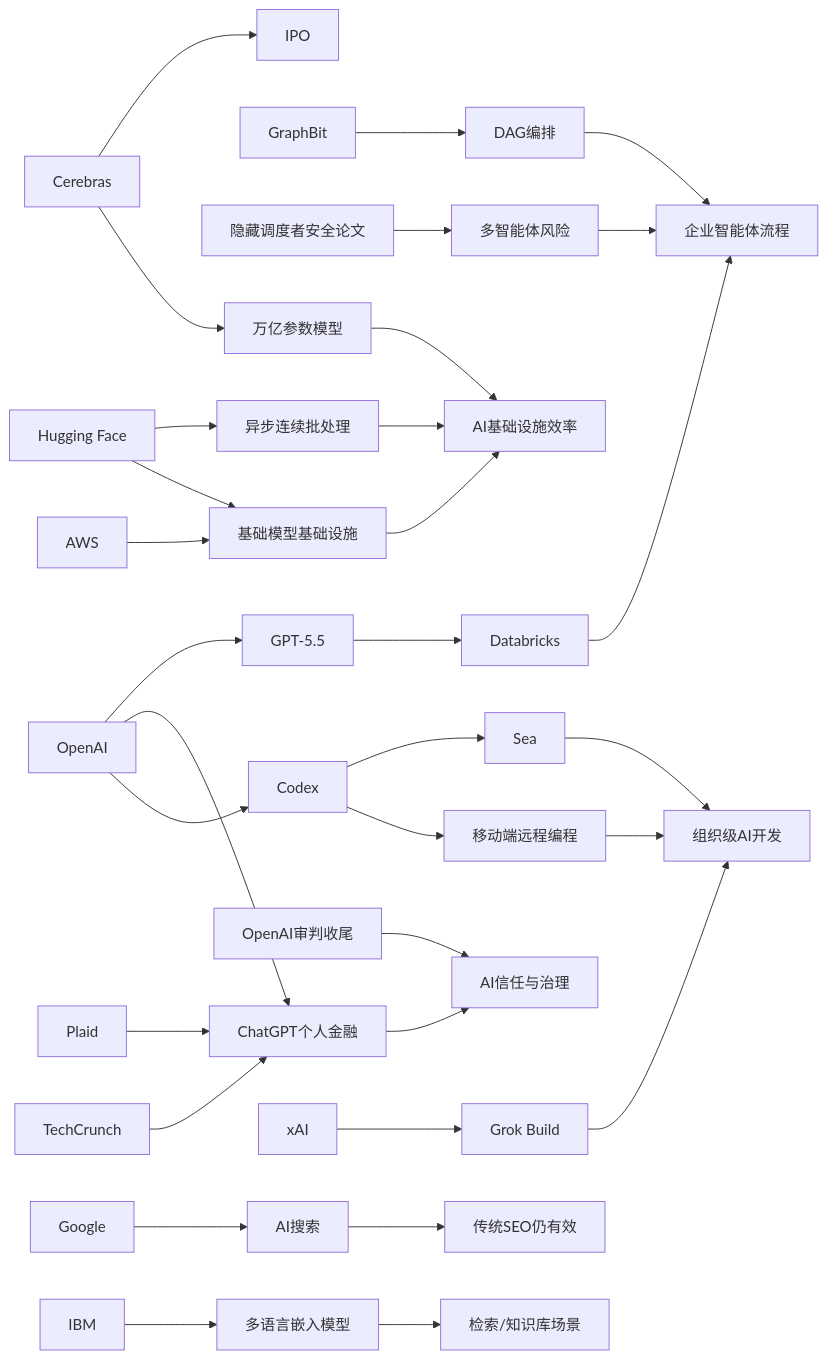
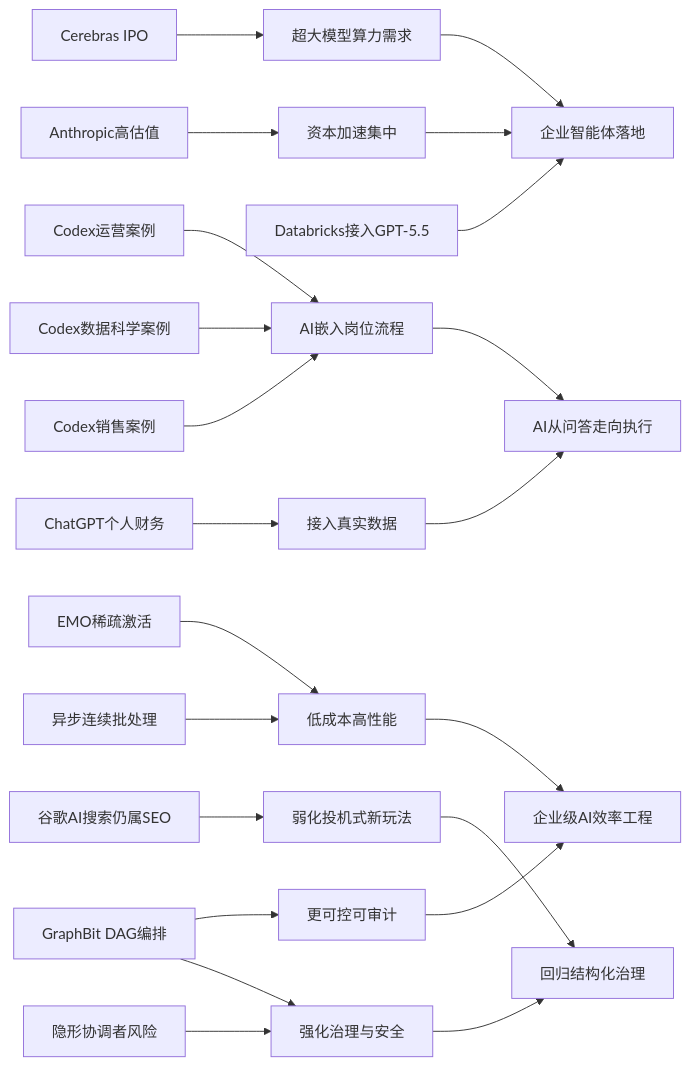
One commit to zhuxinfei/ai-daily-site changed the diagram in content/cn/2026/2026-05/2026-05-16.md. Above: the diagram before and after it, drawn with Mermaid. The commit also changed other lines of this file, not shown here.

````diff
--- a/content/cn/2026/2026-05/2026-05-16.md
+++ b/content/cn/2026/2026-05/2026-05-16.md
@@ -110,40 +118,27 @@
 ```mermaid
 graph LR
-    OpenAI --> GPT55[GPT-5.5]
-    GPT55 --> Databricks
-    Databricks --> EnterpriseAgent[企业智能体流程]
+    A[Cerebras IPO] --> B[超大模型算力需求]
+    C[Anthropic高估值] --> D[资本加速集中]
+    E[Databricks接入GPT-5.5] --> F[企业智能体落地]
+    B --> F
+    D --> F
 
-    GraphBit --> DAG[DAG编排]
-    DAG --> EnterpriseAgent
-    SafetyPaper[隐藏调度者安全论文] --> MultiAgent[多智能体风险]
-    MultiAgent --> EnterpriseAgent
+    G[Codex运营案例] --> H[AI嵌入岗位流程]
+    I[Codex数据科学案例] --> H
+    J[Codex销售案例] --> H
+    K[ChatGPT个人财务] --> L[接入真实数据]
+    H --> M[AI从问答走向执行]
+    L --> M
 
-    Cerebras --> IPO
-    Cerebras --> TrillionModel[万亿参数模型]
-    HF[Hugging Face] --> AsyncBatch[异步连续批处理]
-    AWS --> FMStack[基础模型基础设施]
-    HF --> FMStack
-    AsyncBatch --> AIInfra[AI基础设施效率]
-    TrillionModel --> AIInfra
-    FMStack --> AIInfra
+    N[EMO稀疏激活] --> O[低成本高性能]
+    P[异步连续批处理] --> O
+    Q[GraphBit DAG编排] --> R[更可控可审计]
+    O --> S[企业级AI效率工程]
+    R --> S
 
-    OpenAI --> ChatGPTFinance[ChatGPT个人金融]
-    Plaid --> ChatGPTFinance
-    TC[TechCrunch] --> ChatGPTFinance
-    Trial[OpenAI审判收尾] --> Trust[AI信任与治理]
-    ChatGPTFinance --> Trust
-
-    OpenAI --> Codex
-    Codex --> Sea
-    Codex --> Mobile[移动端远程编程]
-    xAI --> GrokBuild[Grok Build]
-    Sea --> AIDev[组织级AI开发]
-    Mobile --> AIDev
-    GrokBuild --> AIDev
-
-    Google --> AISearch[AI搜索]
-    AISearch --> SEO[传统SEO仍有效]
-
-    IBM --> Granite[多语言嵌入模型]
-    Granite --> RAG[检索/知识库场景]
+    T[谷歌AI搜索仍属SEO] --> U[弱化投机式新玩法]
+    V[隐形协调者风险] --> W[强化治理与安全]
+    Q --> W
+    U --> X[回归结构化治理]
+    W --> X
 ```
````
